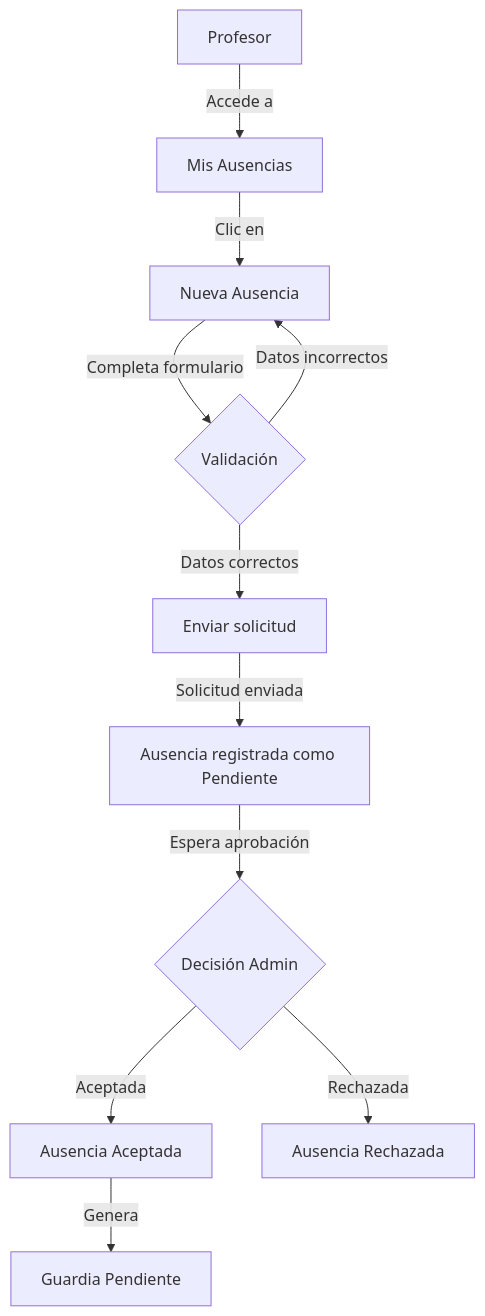
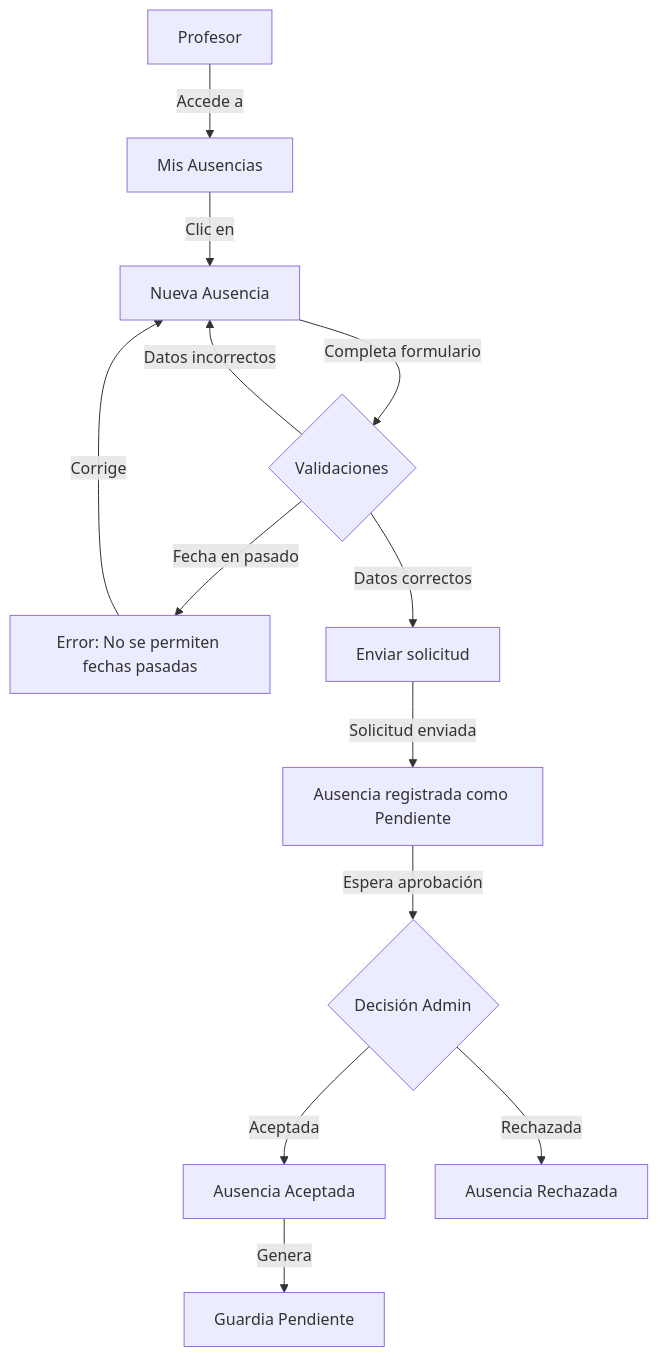
The second of 22 diagrams in doc/DIAGRAMAS-FLUJO.md (RGiskard7/gestion-guardias), drawn with Mermaid before and after one commit. The commit also changed other lines of this file and 6 other files, not shown here.

````diff
--- a/doc/DIAGRAMAS-FLUJO.md
+++ b/doc/DIAGRAMAS-FLUJO.md
@@ -53,13 +53,15 @@
 ```mermaid
 flowchart TD
     A[Profesor] -->|Accede a| B[Mis Ausencias]
     B -->|Clic en| C[Nueva Ausencia]
-    C -->|Completa formulario| D{Validación}
-    D -->|Datos correctos| E[Enviar solicitud]
+    C -->|Completa formulario| D{Validaciones}
+    D -->|Fecha en pasado| E[Error: No se permiten fechas pasadas]
+    E -->|Corrige| C
     D -->|Datos incorrectos| C
-    E -->|Solicitud enviada| F[Ausencia registrada como Pendiente]
-    F -->|Espera aprobación| G{Decisión Admin}
-    G -->|Aceptada| H[Ausencia Aceptada]
-    G -->|Rechazada| I[Ausencia Rechazada]
-    H -->|Genera| J[Guardia Pendiente]
+    D -->|Datos correctos| F[Enviar solicitud]
+    F -->|Solicitud enviada| G[Ausencia registrada como Pendiente]
+    G -->|Espera aprobación| H{Decisión Admin}
+    H -->|Aceptada| I[Ausencia Aceptada]
+    H -->|Rechazada| J[Ausencia Rechazada]
+    I -->|Genera| K[Guardia Pendiente]
 ```
````
